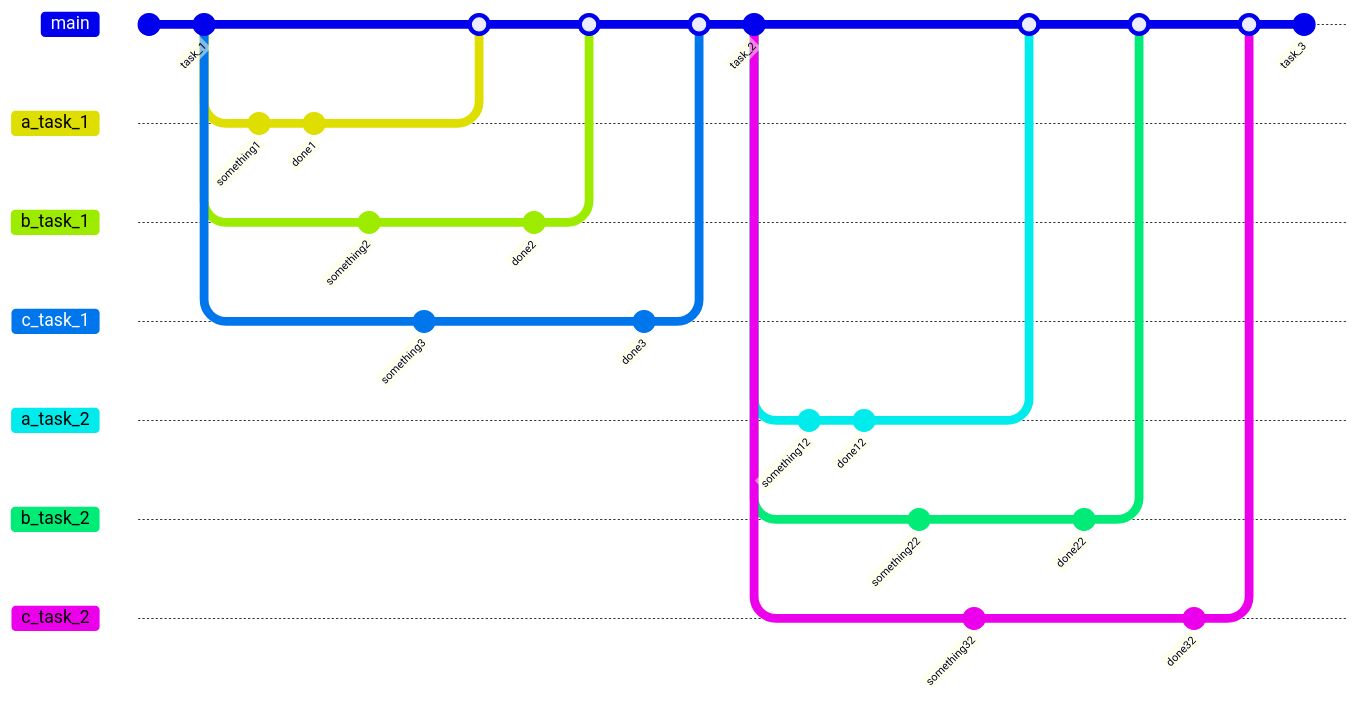
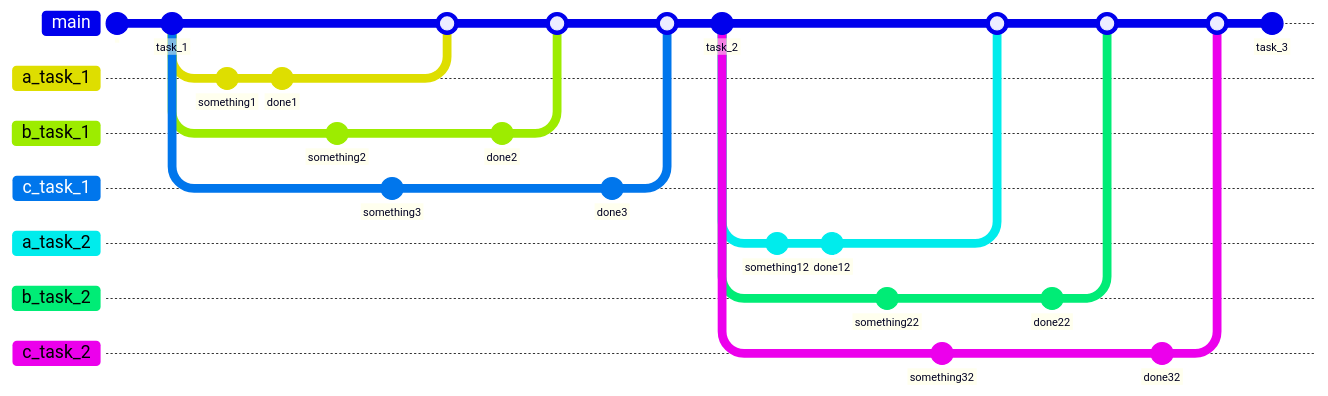
Before and after one commit to HSE-algo-23-crow/docs: the first of 2 diagrams in Описание структуры ветвления ручных и программных задач.md, drawn with Mermaid.

````diff
--- a/Описание структуры ветвления ручных и программных задач.md
+++ b/Описание структуры ветвления ручных и программных задач.md
@@ -8,48 +8,48 @@
 ```mermaid
-%%{init: {'gitGraph': {'rotateCommitLabel': true}}}%%
+%%{init: {'gitGraph': {'rotateCommitLabel': false}}}%%
 gitGraph
     commit id:" "
     commit id:"task_1"
     branch a_task_1
     branch b_task_1
     branch c_task_1
     checkout a_task_1
     commit id:"something1"
     commit id:"done1"
     checkout b_task_1
     commit id:"something2"
     checkout c_task_1
     commit id:"something3"
     checkout main
     merge a_task_1
     checkout b_task_1
     commit id:"done2"
     checkout main
     merge b_task_1
     checkout c_task_1
     commit id:"done3"
     checkout main
     merge c_task_1
     commit id:"task_2"
     branch a_task_2
     branch b_task_2
     branch c_task_2
     checkout a_task_2
     commit id:"something12"
     commit id:"done12"
     checkout b_task_2
     commit id:"something22"
     checkout c_task_2
     commit id:"something32"
     checkout main
     merge a_task_2
     checkout b_task_2
     commit id:"done22"
     checkout main
     merge b_task_2
     checkout c_task_2
     commit id:"done32"
     checkout main
     merge c_task_2
     commit id:"task_3"
 ```
````
